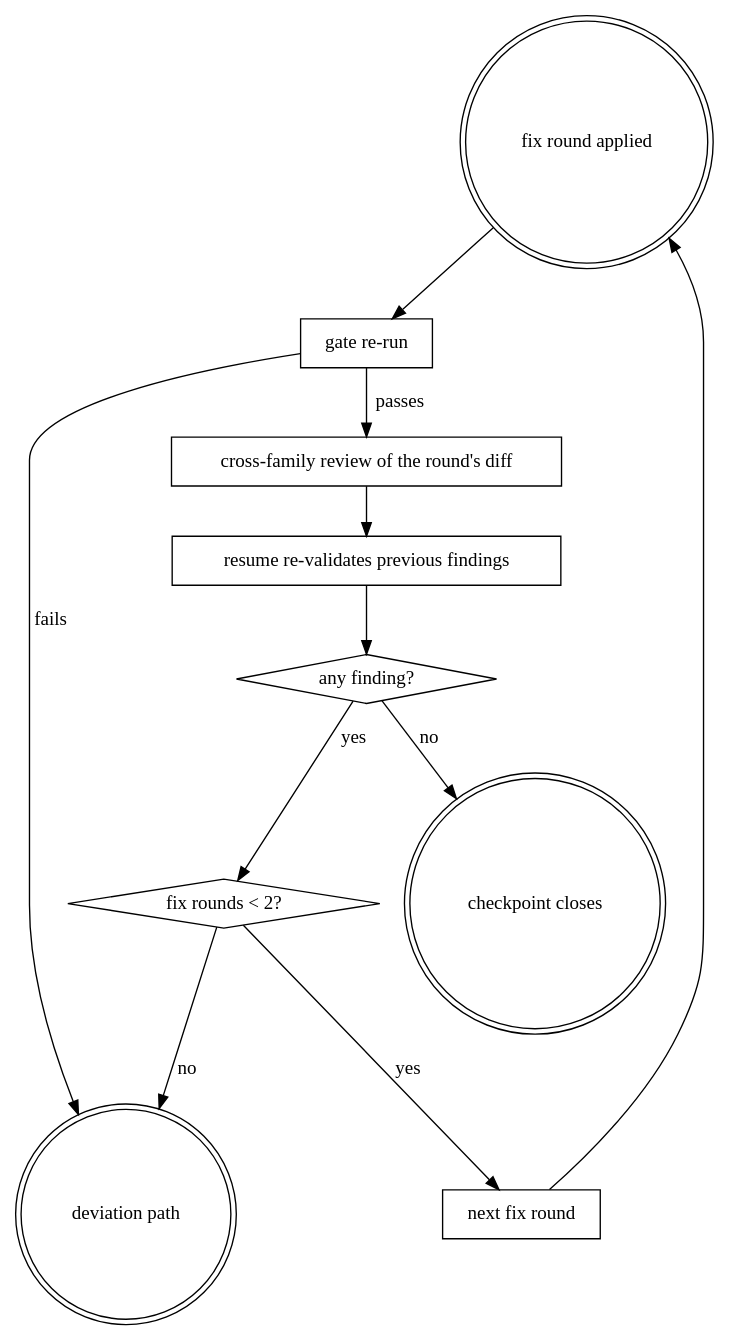
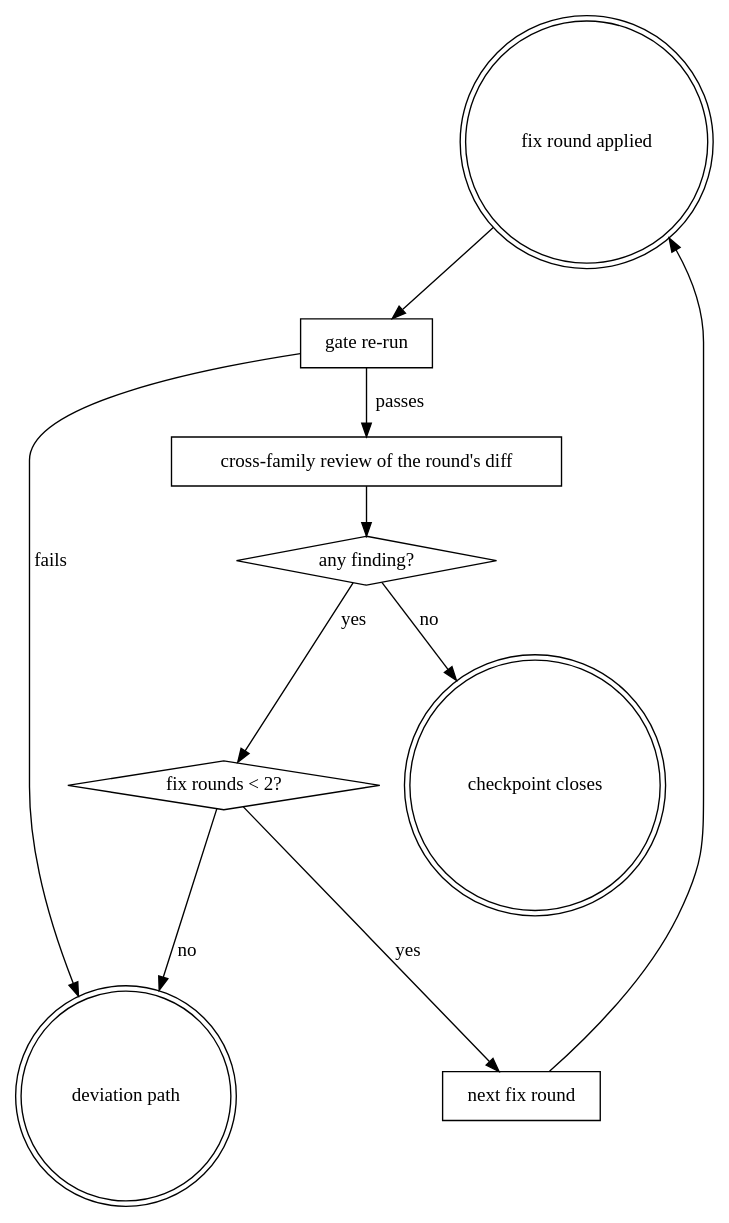
Before and after one commit to it-bens/ai-tools: the diagram in plugins/work-orchestrator/skills/orchestrating-subagent-work/references/codex-dispatch.md, drawn with Graphviz. The commit also changed other lines of this file and 6 other files, not shown here.

````diff
--- a/plugins/work-orchestrator/skills/orchestrating-subagent-work/references/codex-dispatch.md
+++ b/plugins/work-orchestrator/skills/orchestrating-subagent-work/references/codex-dispatch.md
@@ -16,24 +16,22 @@
 ```dot
 digraph revalidation_loop {
     "fix round applied" [shape=doublecircle];
     "gate re-run" [shape=box];
     "cross-family review of the round's diff" [shape=box];
-    "resume re-validates previous findings" [shape=box];
     "any finding?" [shape=diamond];
     "fix rounds < 2?" [shape=diamond];
     "next fix round" [shape=box];
     "deviation path" [shape=doublecircle];
     "checkpoint closes" [shape=doublecircle];
 
     "fix round applied" -> "gate re-run";
     "gate re-run" -> "cross-family review of the round's diff" [label="passes"];
     "gate re-run" -> "deviation path" [label="fails"];
-    "cross-family review of the round's diff" -> "resume re-validates previous findings";
-    "resume re-validates previous findings" -> "any finding?";
+    "cross-family review of the round's diff" -> "any finding?";
     "any finding?" -> "checkpoint closes" [label="no"];
     "any finding?" -> "fix rounds < 2?" [label="yes"];
     "fix rounds < 2?" -> "next fix round" [label="yes"];
     "fix rounds < 2?" -> "deviation path" [label="no"];
     "next fix round" -> "fix round applied";
 }
 ```
````
